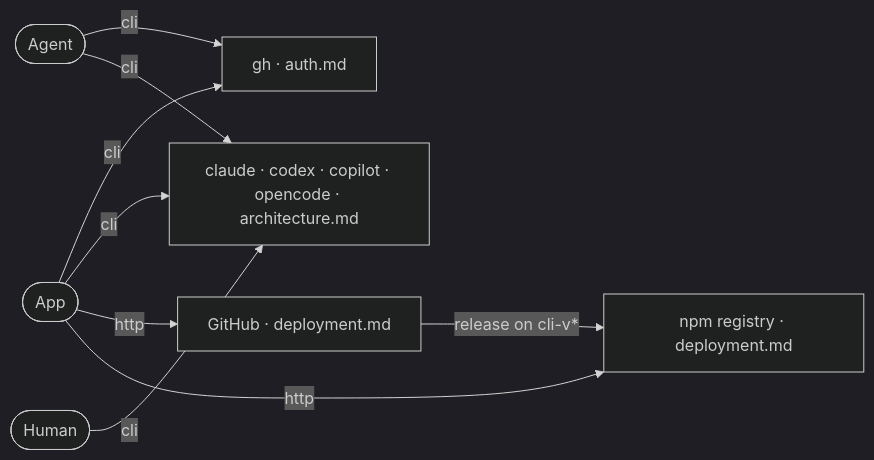
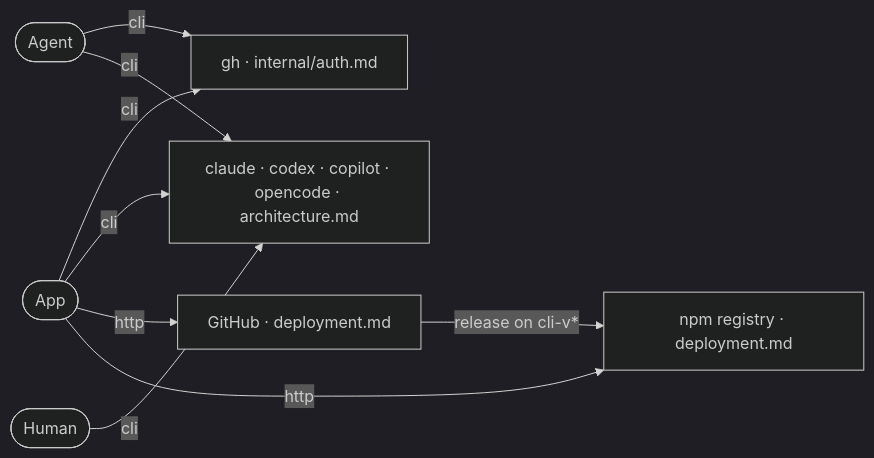
The diagram in cli/aidd_docs/memory/ecosystem.md (ai-driven-dev/framework), drawn with Mermaid (dark theme) before and after one commit. The commit also changed 26 other files, not shown here.

````diff
--- a/cli/aidd_docs/memory/ecosystem.md
+++ b/cli/aidd_docs/memory/ecosystem.md
@@ -3,20 +3,20 @@
 ```mermaid
 flowchart LR
   Human([Human])
   Agent([Agent])
   App([App])
   GitHub["GitHub · deployment.md"]
   Npm["npm registry · deployment.md"]
-  Gh["gh · auth.md"]
+  Gh["gh · internal/auth.md"]
   Hosts["claude · codex · copilot · opencode · architecture.md"]
 
   Agent -- cli --> Gh
   Agent -- cli --> Hosts
   Human -- cli --> Hosts
   App -- cli --> Gh
   App -- cli --> Hosts
   App -- http --> GitHub
   App -- http --> Npm
 
   GitHub -- "release on cli-v*" --> Npm
 ```
````
